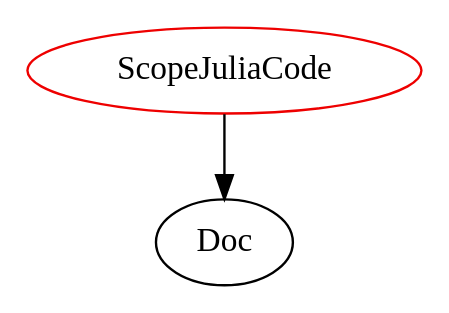
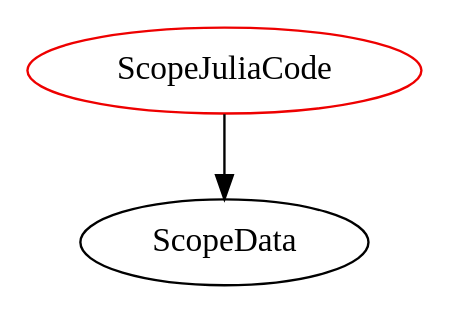
One commit to BilalM04/Drasil changed the diagram in analysis/TypeDependencyGraphs/gool/ScopeJuliaCode.dot. Above: the diagram before and after it, drawn with Graphviz. The commit also changed 10664 other files, not shown here.

```diff
--- a/analysis/TypeDependencyGraphs/gool/ScopeJuliaCode.dot
+++ b/analysis/TypeDependencyGraphs/gool/ScopeJuliaCode.dot
@@ -1,4 +1,4 @@
 digraph scopejuliacode{
 ScopeJuliaCode	[shape=oval, color=red2, label="ScopeJuliaCode"];
-ScopeJuliaCode -> Doc;
+ScopeJuliaCode -> ScopeData;
 }
```
